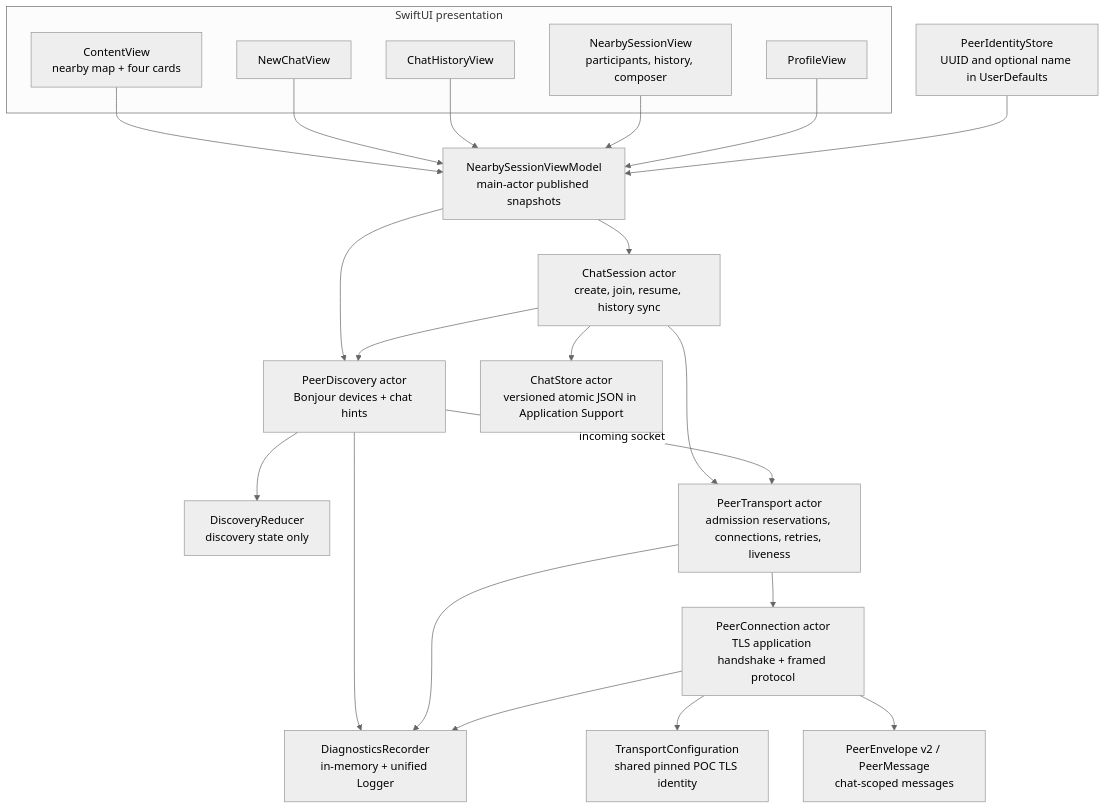
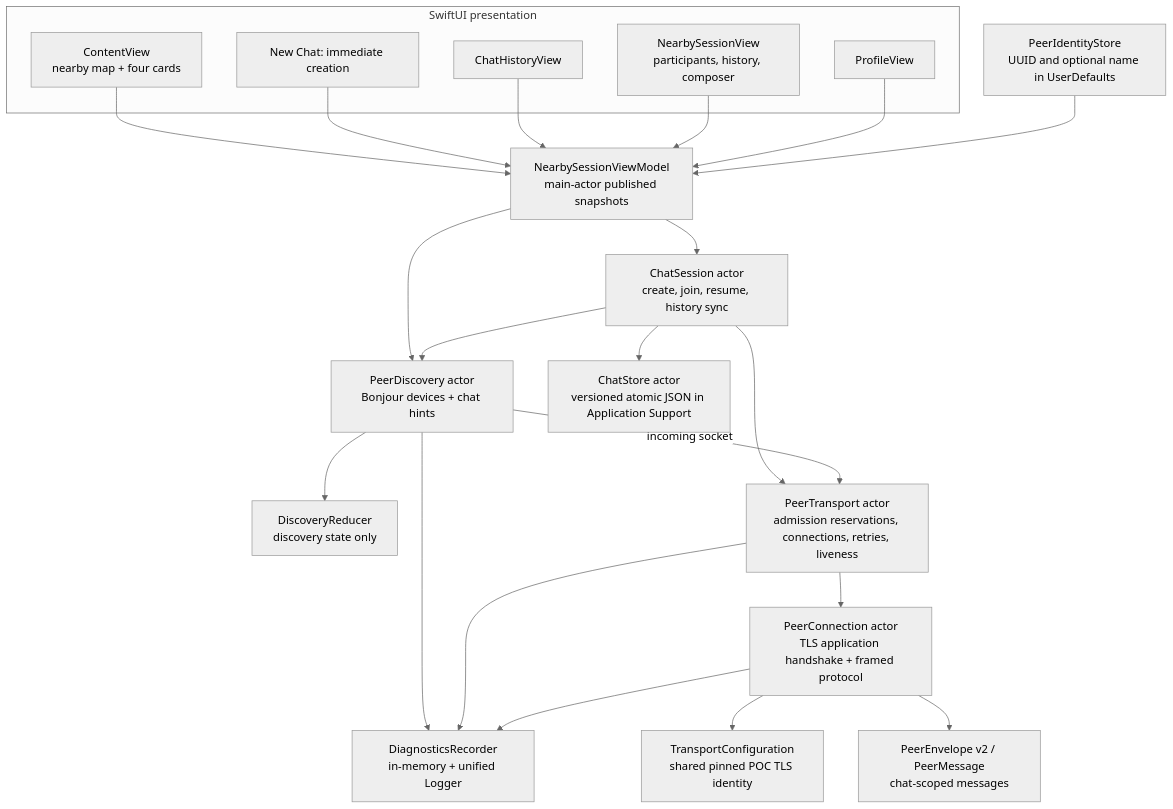
The first of 4 diagrams in docs/system-diagrams.md (PembaD/subwaylorePoC), drawn with Mermaid (neutral theme) before and after one commit. The commit also changed other lines of this file and 12 other files, not shown here.

````diff
--- a/docs/system-diagrams.md
+++ b/docs/system-diagrams.md
@@ -7,41 +7,41 @@
 ```mermaid
 flowchart TB
     subgraph UI["SwiftUI presentation"]
         Landing["ContentView<br/>nearby map + four cards"]
-        Create["NewChatView"]
+        Create["New Chat: immediate creation"]
         History["ChatHistoryView"]
         ChatUI["NearbySessionView<br/>participants, history, composer"]
         Profile["ProfileView"]
     end
     VM["NearbySessionViewModel<br/>main-actor published snapshots"]
     Discovery["PeerDiscovery actor<br/>Bonjour devices + chat hints"]
     Reducer["DiscoveryReducer<br/>discovery state only"]
     Session["ChatSession actor<br/>create, join, resume, history sync"]
     Store["ChatStore actor<br/>versioned atomic JSON in Application Support"]
     Transport["PeerTransport actor<br/>admission reservations, connections, retries, liveness"]
     Connection["PeerConnection actor<br/>TLS application handshake + framed protocol"]
     Protocol["PeerEnvelope v2 / PeerMessage<br/>chat-scoped messages"]
     Trust["TransportConfiguration<br/>shared pinned POC TLS identity"]
     Identity["PeerIdentityStore<br/>UUID and optional name in UserDefaults"]
     Logs["DiagnosticsRecorder<br/>in-memory + unified Logger"]
 
     Landing --> VM
     Create --> VM
     History --> VM
     ChatUI --> VM
     Profile --> VM
     Identity --> VM
     VM --> Discovery
     Discovery --> Reducer
     VM --> Session
     Session --> Store
     Session --> Discovery
     Session --> Transport
     Discovery -->|incoming socket| Transport
     Transport --> Connection
     Connection --> Protocol
     Connection --> Trust
     Discovery --> Logs
     Transport --> Logs
     Connection --> Logs
 ```
````
